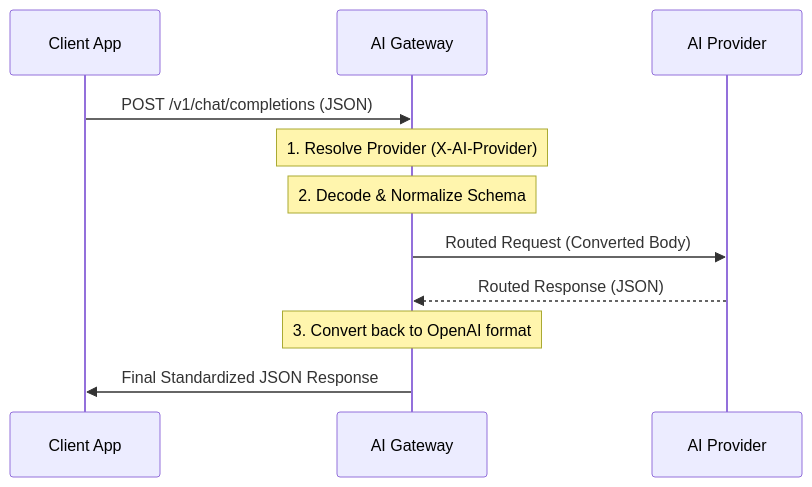
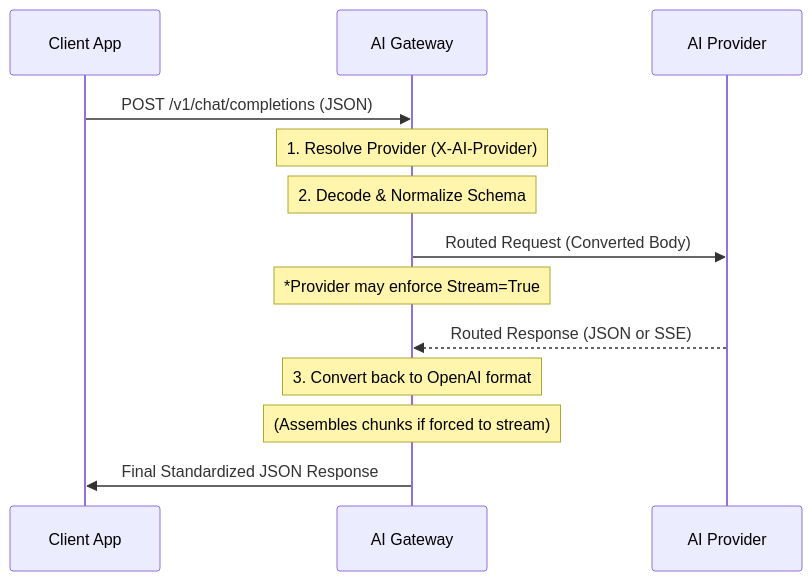
The diagram in docs/ai-gateway/JSON_HANDLING.md (destngx/monorepo), drawn with Mermaid before and after one commit. The commit also changed other lines of this file and 3 other files, not shown here.

````diff
--- a/docs/ai-gateway/JSON_HANDLING.md
+++ b/docs/ai-gateway/JSON_HANDLING.md
@@ -13,16 +13,18 @@
 ```mermaid
 sequenceDiagram
     participant C as Client App
     participant GW as AI Gateway
     participant P as AI Provider
 
     C->>GW: POST /v1/chat/completions (JSON)
     Note over GW: 1. Resolve Provider (X-AI-Provider)
     Note over GW: 2. Decode & Normalize Schema
 
     GW->>P: Routed Request (Converted Body)
-    P-->>GW: Routed Response (JSON)
+    Note over GW: *Provider may enforce Stream=True
+    P-->>GW: Routed Response (JSON or SSE)
 
     Note over GW: 3. Convert back to OpenAI format
+    Note over GW: (Assembles chunks if forced to stream)
     GW->>C: Final Standardized JSON Response
 ```
````
